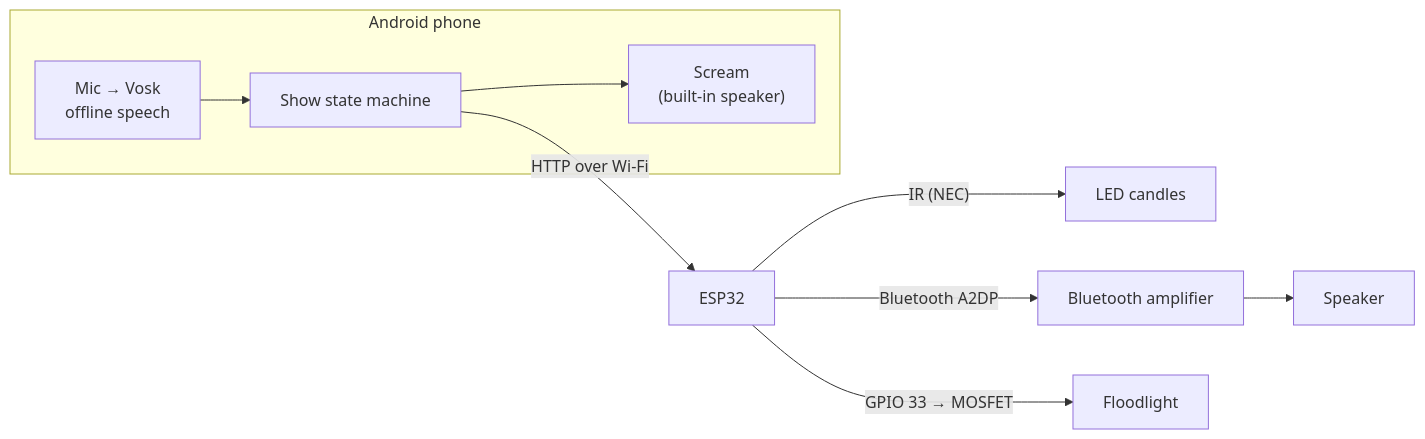
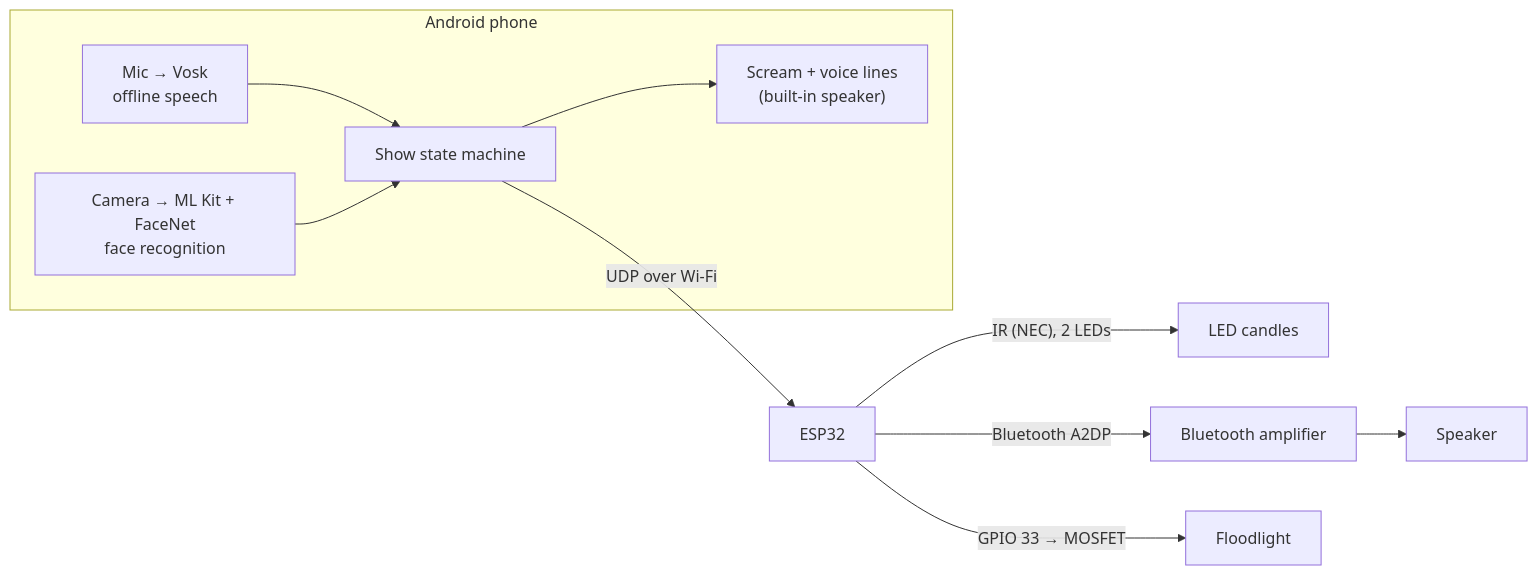
Before and after one commit to ryosep2/bloody-mary: the diagram in README.md, drawn with Mermaid. The commit also changed other lines of this file and 17 other files, not shown here.

First line of the commit message:
Add face greetings, ElevenLabs voice, dual IR LEDs and faster triggers

````diff
--- a/README.md
+++ b/README.md
@@ -24,11 +26,12 @@
 ```mermaid
 flowchart LR
     subgraph Phone["Android phone"]
         Mic["Mic → Vosk<br/>offline speech"] --> Show["Show state machine"]
-        Show --> Scream["Scream<br/>(built-in speaker)"]
+        Cam["Camera → ML Kit + FaceNet<br/>face recognition"] --> Show
+        Show --> Scream["Scream + voice lines<br/>(built-in speaker)"]
     end
-    Show -- "HTTP over Wi-Fi" --> ESP["ESP32"]
-    ESP -- "IR (NEC)" --> Candles["LED candles"]
+    Show -- "UDP over Wi-Fi" --> ESP["ESP32"]
+    ESP -- "IR (NEC), 2 LEDs" --> Candles["LED candles"]
     ESP -- "Bluetooth A2DP" --> Amp["Bluetooth amplifier"] --> Speaker["Speaker"]
     ESP -- "GPIO 33 → MOSFET" --> Light["Floodlight"]
 ```
````
